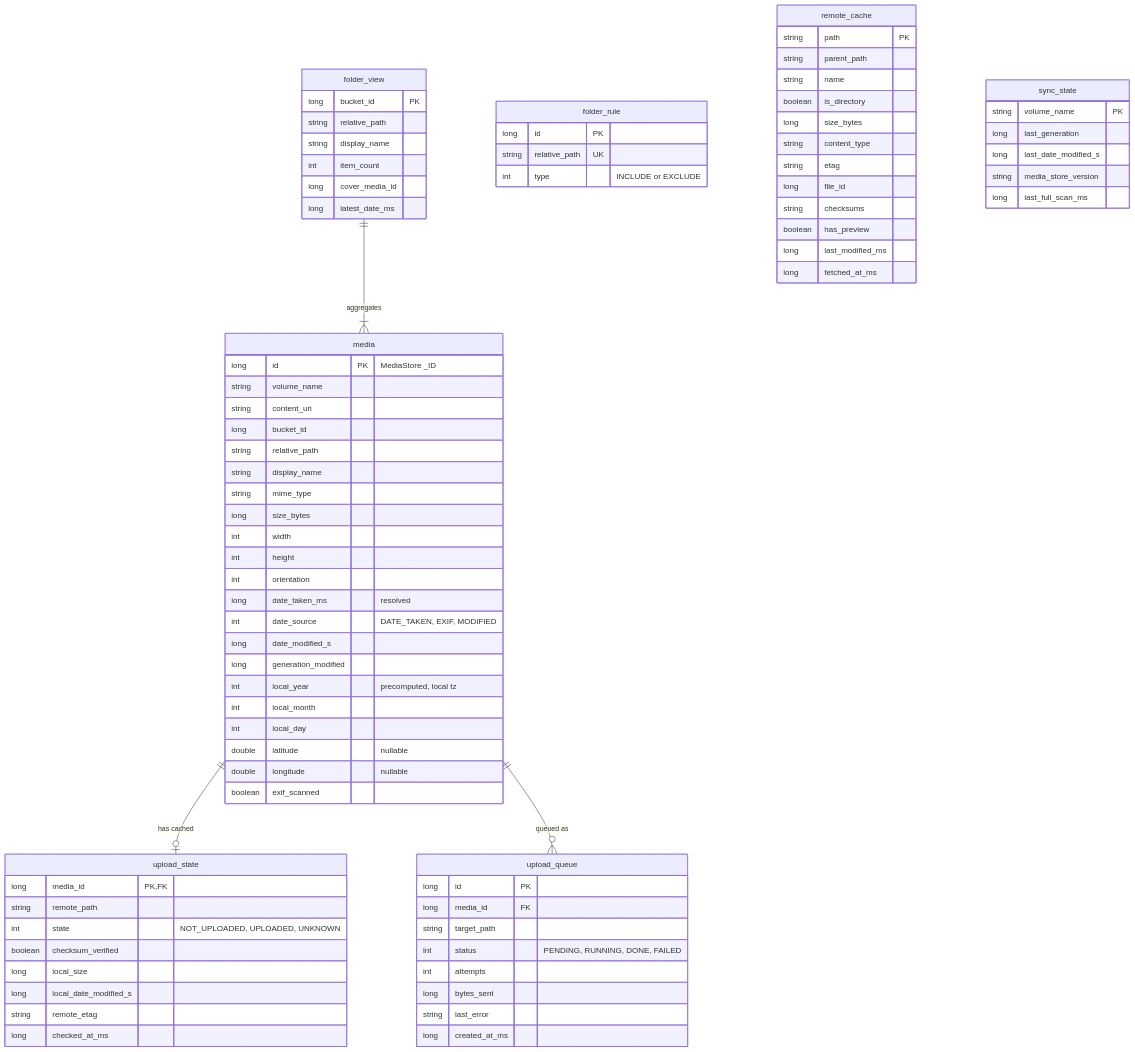
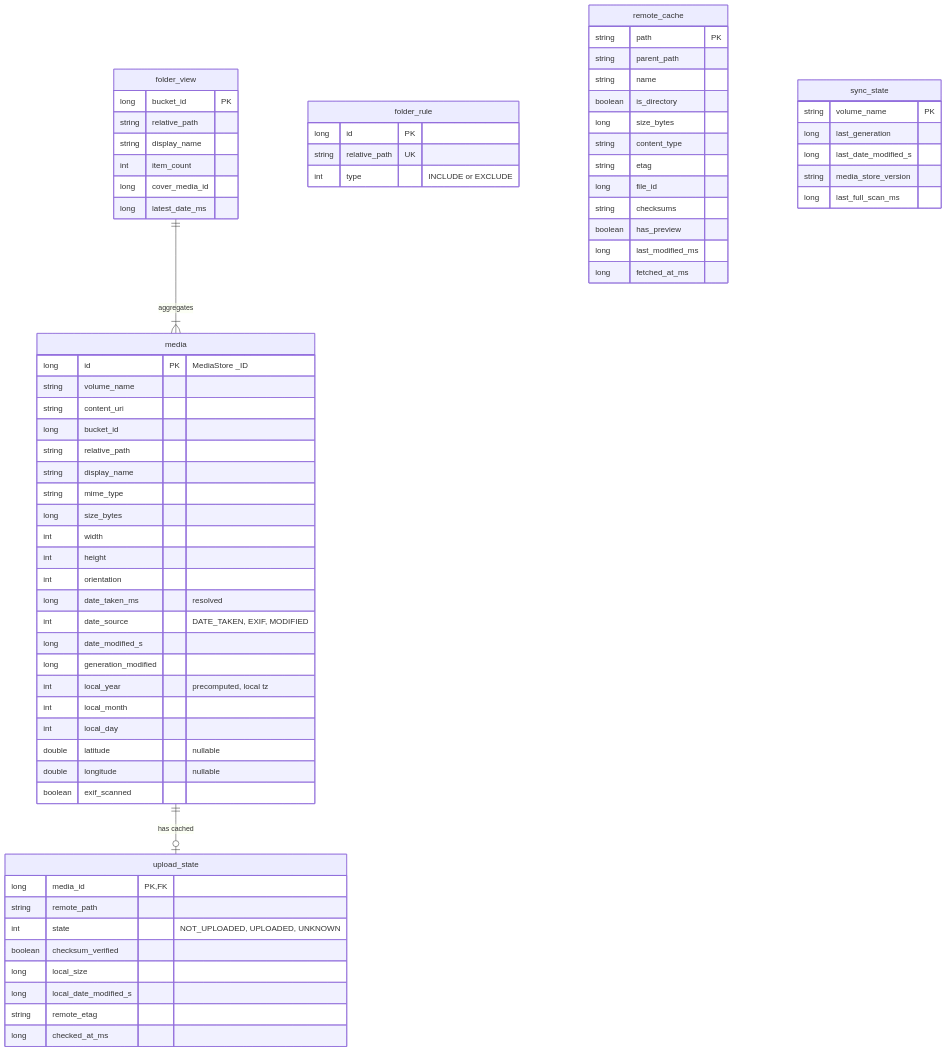
Before and after one commit to drehtuer/NextGalleryApp: the third of 12 diagrams in docs/ARCHITECTURE.md, drawn with Mermaid. The commit also changed other lines of this file and 3 other files, not shown here.

````diff
--- a/docs/ARCHITECTURE.md
+++ b/docs/ARCHITECTURE.md
@@ -393,16 +402,6 @@
         string remote_etag
         long checked_at_ms
     }
-    upload_queue {
-        long id PK
-        long media_id FK
-        string target_path
-        int status "PENDING, RUNNING, DONE, FAILED"
-        int attempts
-        long bytes_sent
-        string last_error
-        long created_at_ms
-    }
     remote_cache {
         string path PK
         string parent_path
@@ -426,6 +425,5 @@
     }
 
     media ||--o| upload_state : "has cached"
-    media ||--o{ upload_queue : "queued as"
     folder_view ||--|{ media : "aggregates"
 ```
````
